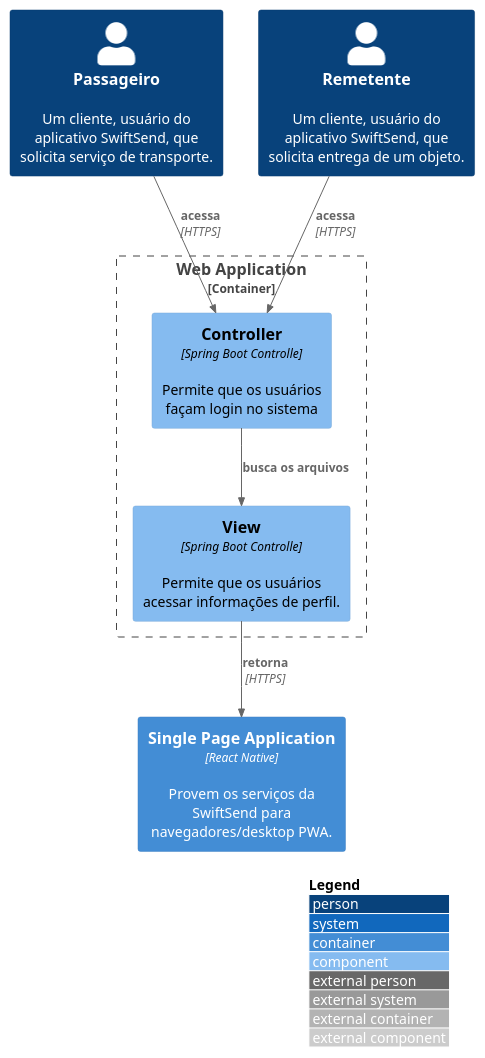
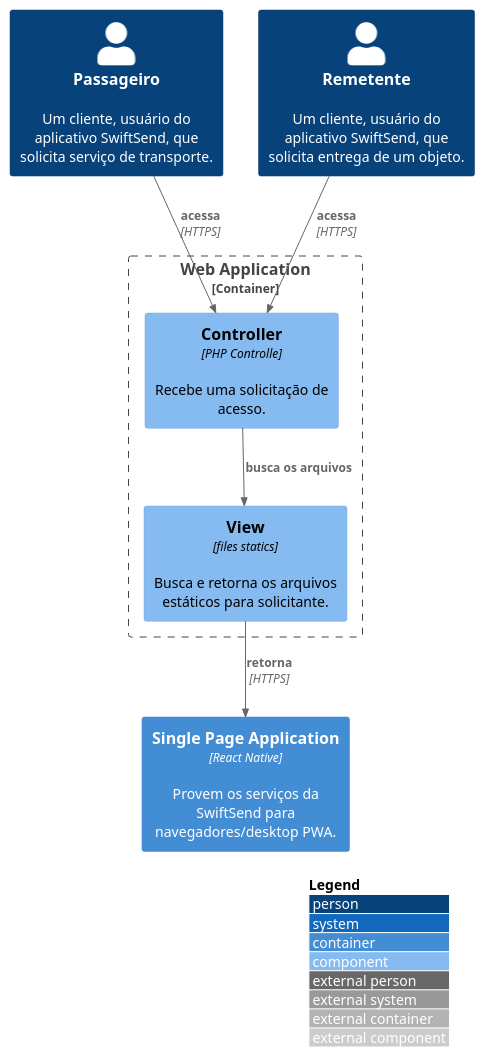
The diagram in src/SwiftSend/Web Application/container.puml (43D/SwitfSend_C4Builder), drawn with PlantUML before and after one commit. The commit also changed 10 other files, not shown here.

```diff
--- a/src/SwiftSend/Web Application/container.puml
+++ b/src/SwiftSend/Web Application/container.puml
@@ -1,22 +1,22 @@
 @startuml
 !include https://raw.githubusercontent.com/adrianvlupu/C4-PlantUML/latest/C4_Component.puml
 
 LAYOUT_WITH_LEGEND()
 
 Person(passageiro, "Passageiro", "Um cliente, usuário do aplicativo SwiftSend, que solicita serviço de transporte.")
 Person(remetente, "Remetente", "Um cliente, usuário do aplicativo SwiftSend, que solicita entrega de um objeto.")
 Container(spa, "Single Page Application", "React Native", "Provem os serviços da SwiftSend para navegadores/desktop PWA.")
 
 Container_Boundary(web, "Web Application") {
-    Component(controlle, "Controller", "Spring Boot Controlle", "Permite que os usuários façam login no sistema")
-    Component(view, "View", "Spring Boot Controlle", "Permite que os usuários acessar informações de perfil.")
+    Component(controlle, "Controller", "PHP Controlle", "Recebe uma solicitação de acesso.")
+    Component(view, "View", "files statics", "Busca e retorna os arquivos estáticos para solicitante.")
     
 
     Rel(controlle, view, "busca os arquivos")
     Rel(view, spa, "retorna", "HTTPS")
 }
 
 Rel(passageiro, controlle, "acessa", "HTTPS")
 Rel(remetente, controlle, "acessa", "HTTPS")
 
 @enduml
```
